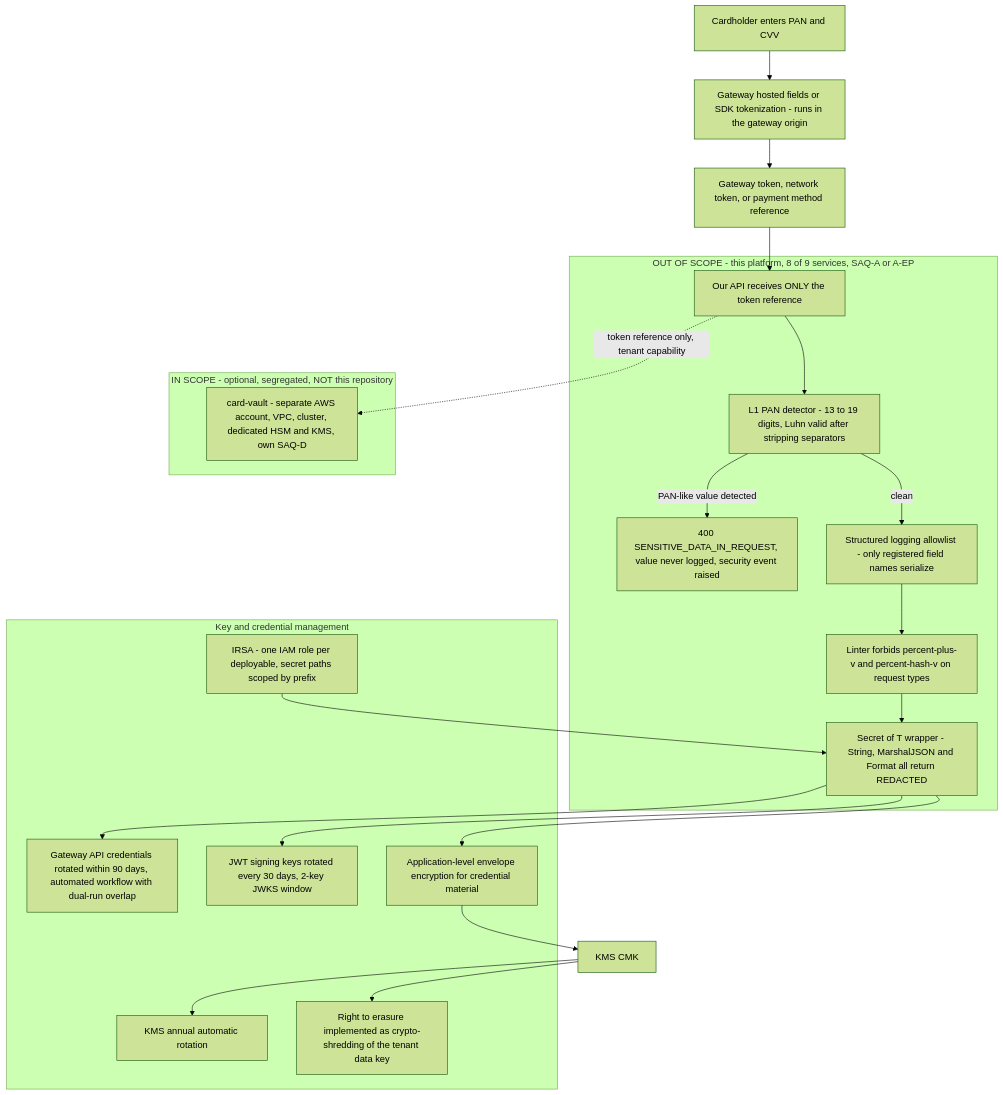
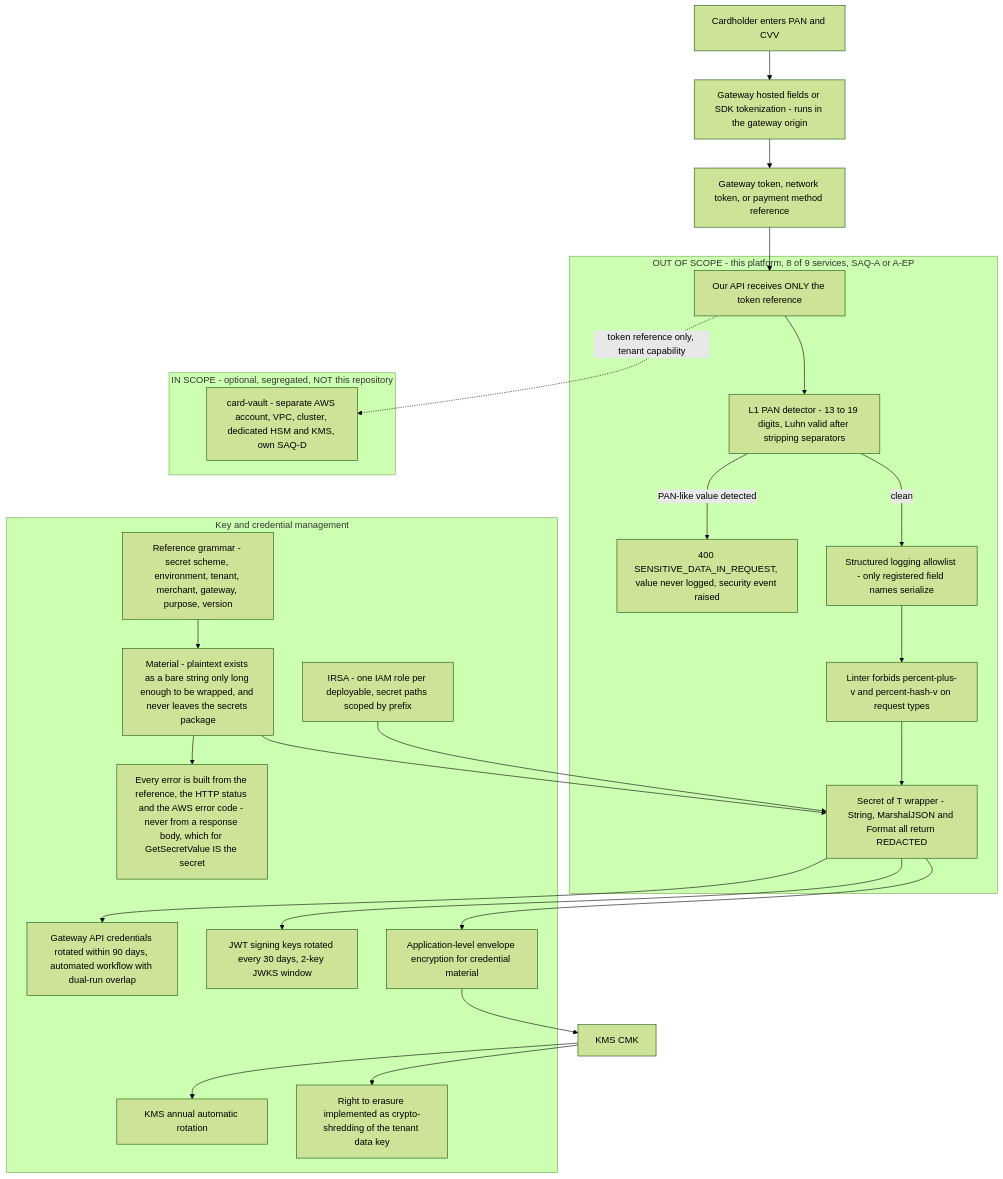
Before and after one commit to udaykishore-resu/payments-platform: the second of 3 diagrams in docs/diagrams/17-security-architecture.md, drawn with Mermaid (forest theme). The commit also changed other lines of this file and 67 other files, not shown here.

````diff
--- a/docs/diagrams/17-security-architecture.md
+++ b/docs/diagrams/17-security-architecture.md
@@ -73,41 +83,46 @@
 ```mermaid
 flowchart TB
   CARD["Cardholder enters PAN and CVV"]
   HOSTED["Gateway hosted fields or SDK tokenization - runs in the gateway origin"]
   TOKEN["Gateway token, network token, or payment method reference"]
 
   subgraph OUT["OUT OF SCOPE - this platform, 8 of 9 services, SAQ-A or A-EP"]
     API["Our API receives ONLY the token reference"]
     L1P["L1 PAN detector - 13 to 19 digits, Luhn valid after stripping separators"]
     REJ["400 SENSITIVE_DATA_IN_REQUEST, value never logged, security event raised"]
     ALLOW["Structured logging allowlist - only registered field names serialize"]
     LINT["Linter forbids percent-plus-v and percent-hash-v on request types"]
     SECT["Secret of T wrapper - String, MarshalJSON and Format all return REDACTED"]
   end
 
   subgraph IN["IN SCOPE - optional, segregated, NOT this repository"]
     VAULT["card-vault - separate AWS account, VPC, cluster, dedicated HSM and KMS, own SAQ-D"]
   end
 
   subgraph KEYS["Key and credential management"]
+    REF["Reference grammar - secret scheme, environment, tenant, merchant, gateway, purpose, version"]
+    MAT["Material - plaintext exists as a bare string only long enough to be wrapped, and never leaves the secrets package"]
+    ERRS["Every error is built from the reference, the HTTP status and the AWS error code - never from a response body, which for GetSecretValue IS the secret"]
     KROT["KMS annual automatic rotation"]
     GROT["Gateway API credentials rotated within 90 days, automated workflow with dual-run overlap"]
     JROT["JWT signing keys rotated every 30 days, 2-key JWKS window"]
     ENV["Application-level envelope encryption for credential material"]
     IRSA["IRSA - one IAM role per deployable, secret paths scoped by prefix"]
     SHRED["Right to erasure implemented as crypto-shredding of the tenant data key"]
   end
 
   CARD --> HOSTED --> TOKEN --> API
   API --> L1P
   L1P -->|"PAN-like value detected"| REJ
   L1P -->|"clean"| ALLOW
   ALLOW --> LINT --> SECT
   API -.->|"token reference only, tenant capability"| VAULT
   SECT --> ENV --> KMS2["KMS CMK"]
   KMS2 --> KROT
+  REF --> MAT --> ERRS
+  MAT --> SECT
   SECT --> GROT
   SECT --> JROT
   IRSA --> SECT
   KMS2 --> SHRED
 ```
````
